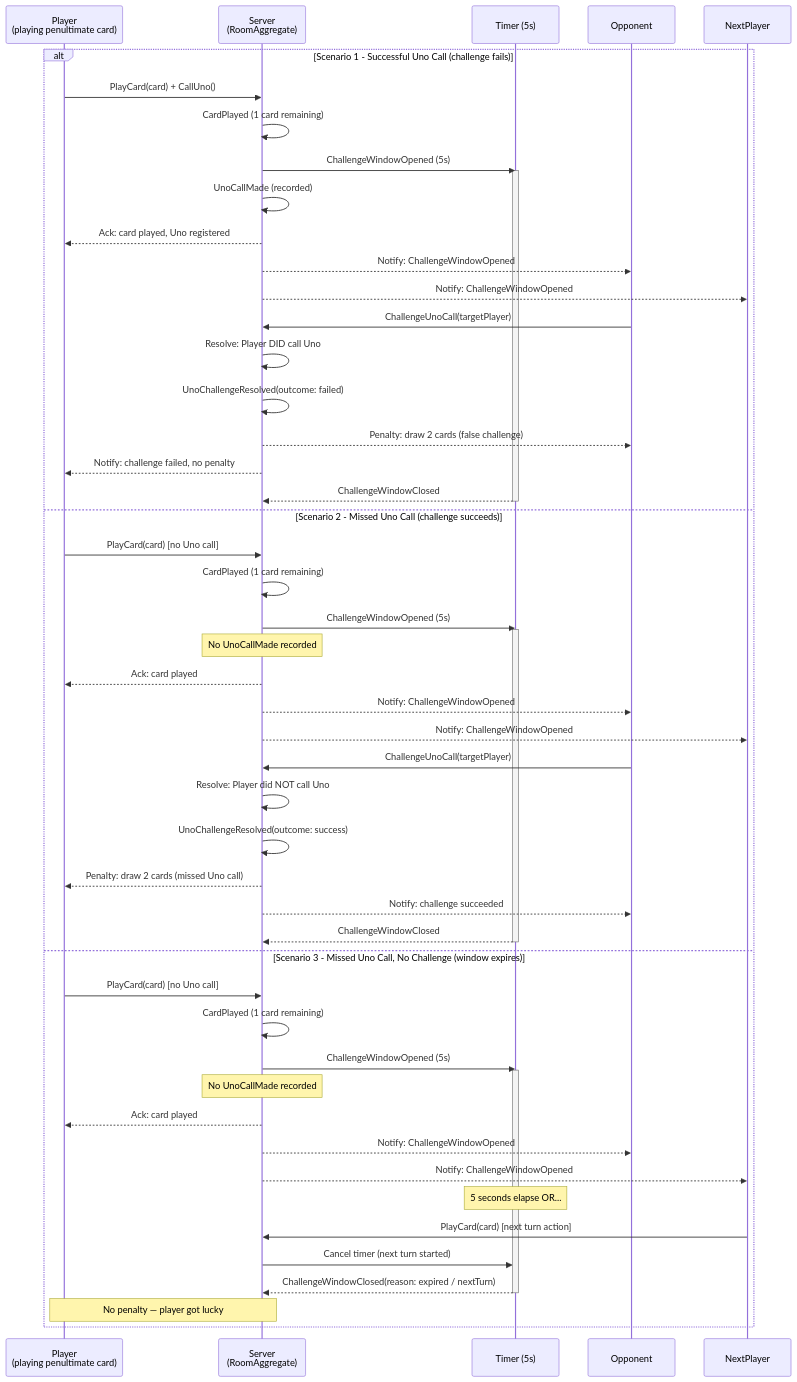
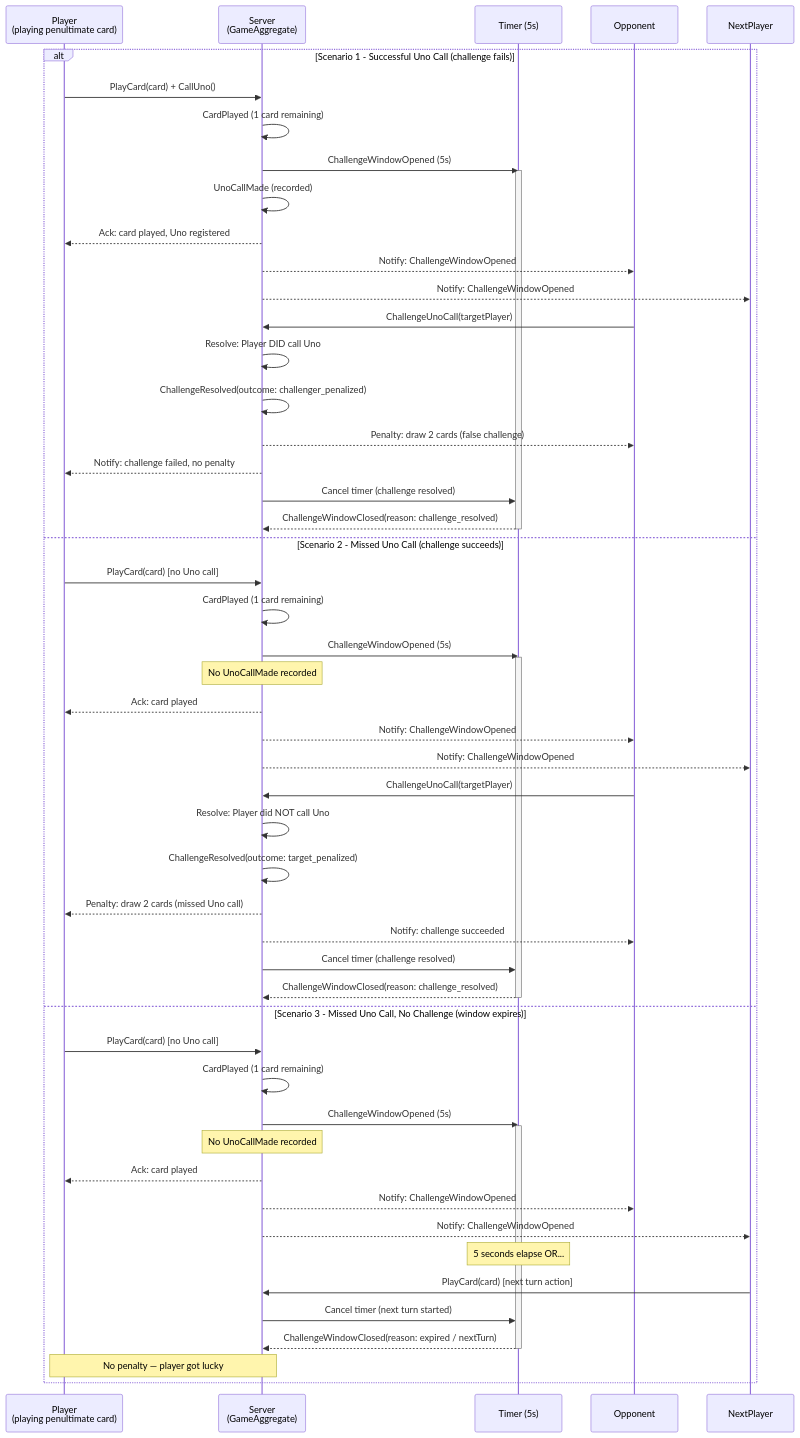
Before and after one commit to berni-245/UnoArena: the diagram in spec/diagrams/uno-call-timing.md, drawn with Mermaid. The commit also changed 16 other files, not shown here.

Commit message:
fix: reviewed and implemented the docs and diagrams files

````diff
--- a/spec/diagrams/uno-call-timing.md
+++ b/spec/diagrams/uno-call-timing.md
@@ -3,64 +3,64 @@
 ```mermaid
 sequenceDiagram
     participant Player as Player<br/>(playing penultimate card)
-    participant Server as Server<br/>(RoomAggregate)
+    participant Server as Server<br/>(GameAggregate)
     participant Timer as Timer (5s)
     participant Opponent as Opponent
     participant NextPlayer as NextPlayer
 
     alt Scenario 1 - Successful Uno Call (challenge fails)
         Player->>Server: PlayCard(card) + CallUno()
         Server->>Server: CardPlayed (1 card remaining)
         Server->>Timer: ChallengeWindowOpened (5s)
         activate Timer
         Server->>Server: UnoCallMade (recorded)
         Server-->>Player: Ack: card played, Uno registered
         Server-->>Opponent: Notify: ChallengeWindowOpened
         Server-->>NextPlayer: Notify: ChallengeWindowOpened
 
         Opponent->>Server: ChallengeUnoCall(targetPlayer)
         Server->>Server: Resolve: Player DID call Uno
-        Server->>Server: UnoChallengeResolved(outcome: failed)
+        Server->>Server: ChallengeResolved(outcome: challenger_penalized)
         Server-->>Opponent: Penalty: draw 2 cards (false challenge)
         Server-->>Player: Notify: challenge failed, no penalty
-
-        Timer-->>Server: ChallengeWindowClosed
+        Server->>Timer: Cancel timer (challenge resolved)
+        Timer-->>Server: ChallengeWindowClosed(reason: challenge_resolved)
         deactivate Timer
 
     else Scenario 2 - Missed Uno Call (challenge succeeds)
         Player->>Server: PlayCard(card) [no Uno call]
         Server->>Server: CardPlayed (1 card remaining)
         Server->>Timer: ChallengeWindowOpened (5s)
         activate Timer
         Note over Server: No UnoCallMade recorded
         Server-->>Player: Ack: card played
         Server-->>Opponent: Notify: ChallengeWindowOpened
         Server-->>NextPlayer: Notify: ChallengeWindowOpened
 
         Opponent->>Server: ChallengeUnoCall(targetPlayer)
         Server->>Server: Resolve: Player did NOT call Uno
-        Server->>Server: UnoChallengeResolved(outcome: success)
+        Server->>Server: ChallengeResolved(outcome: target_penalized)
         Server-->>Player: Penalty: draw 2 cards (missed Uno call)
         Server-->>Opponent: Notify: challenge succeeded
-
-        Timer-->>Server: ChallengeWindowClosed
+        Server->>Timer: Cancel timer (challenge resolved)
+        Timer-->>Server: ChallengeWindowClosed(reason: challenge_resolved)
         deactivate Timer
 
     else Scenario 3 - Missed Uno Call, No Challenge (window expires)
         Player->>Server: PlayCard(card) [no Uno call]
         Server->>Server: CardPlayed (1 card remaining)
         Server->>Timer: ChallengeWindowOpened (5s)
         activate Timer
         Note over Server: No UnoCallMade recorded
         Server-->>Player: Ack: card played
         Server-->>Opponent: Notify: ChallengeWindowOpened
         Server-->>NextPlayer: Notify: ChallengeWindowOpened
 
         Note over Timer: 5 seconds elapse OR...
         NextPlayer->>Server: PlayCard(card) [next turn action]
         Server->>Timer: Cancel timer (next turn started)
         Timer-->>Server: ChallengeWindowClosed(reason: expired / nextTurn)
         deactivate Timer
         Note over Server,Player: No penalty — player got lucky
     end
 ```
````
